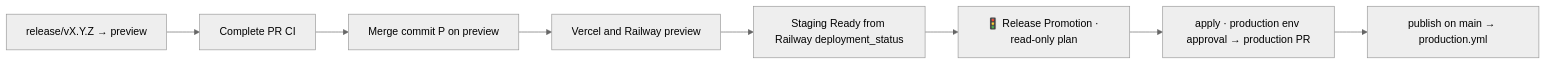
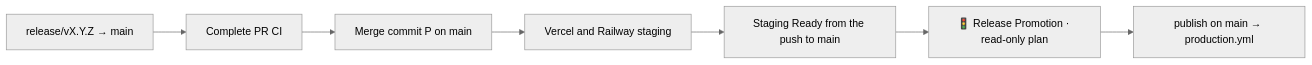
One commit to neogenz/pulpe changed the second of 2 diagrams in docs/CI.md. Above: the diagram before and after it, drawn with Mermaid (neutral theme). The commit also changed other lines of this file and 20 other files, not shown here.

````diff
--- a/docs/CI.md
+++ b/docs/CI.md
@@ -107,10 +110,9 @@
 ```mermaid
 flowchart LR
-    PR["release/vX.Y.Z → preview"] --> CI["Complete PR CI"]
-    CI --> Merge["Merge commit P on preview"]
-    Merge --> Deploy["Vercel and Railway preview"]
-    Deploy --> Proof["Staging Ready from Railway deployment_status"]
+    PR["release/vX.Y.Z → main"] --> CI["Complete PR CI"]
+    CI --> Merge["Merge commit P on main"]
+    Merge --> Deploy["Vercel and Railway staging"]
+    Deploy --> Proof["Staging Ready from the push to main"]
     Proof --> Plan["🚦 Release Promotion · read-only plan"]
-    Plan --> Apply["apply · production env approval → production PR"]
-    Apply --> Publish["publish on main → production.yml"]
+    Plan --> Publish["publish on main → production.yml"]
 ```
````
